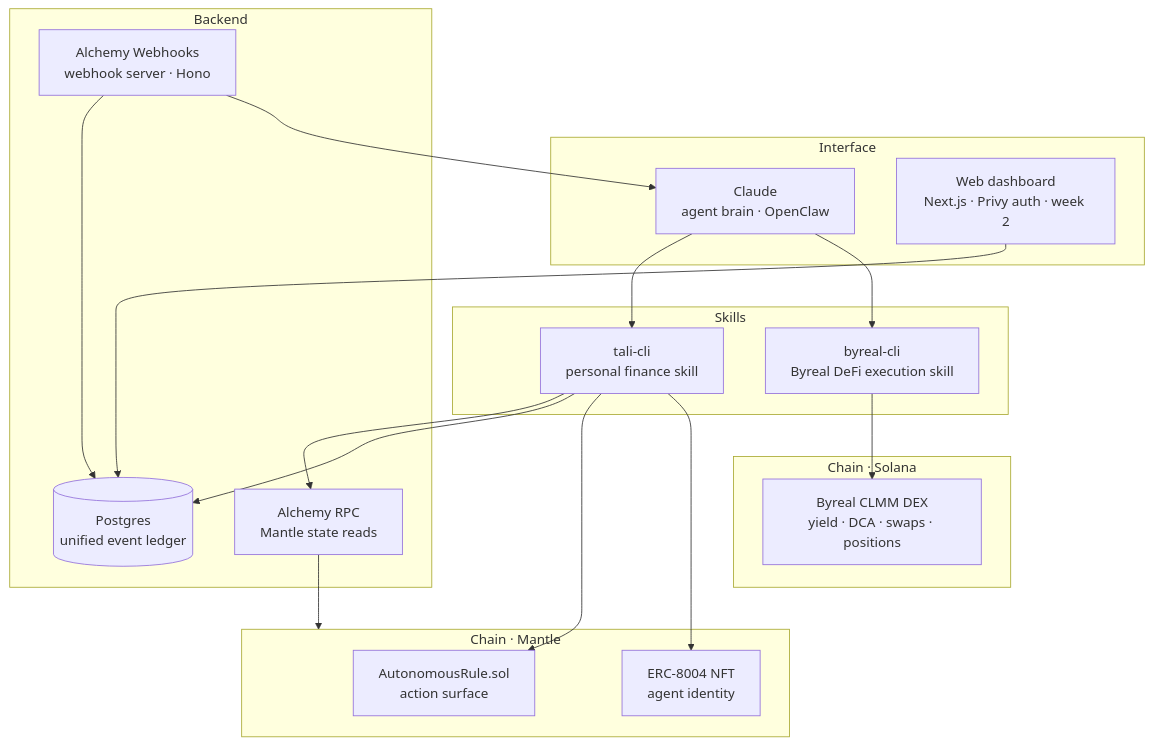
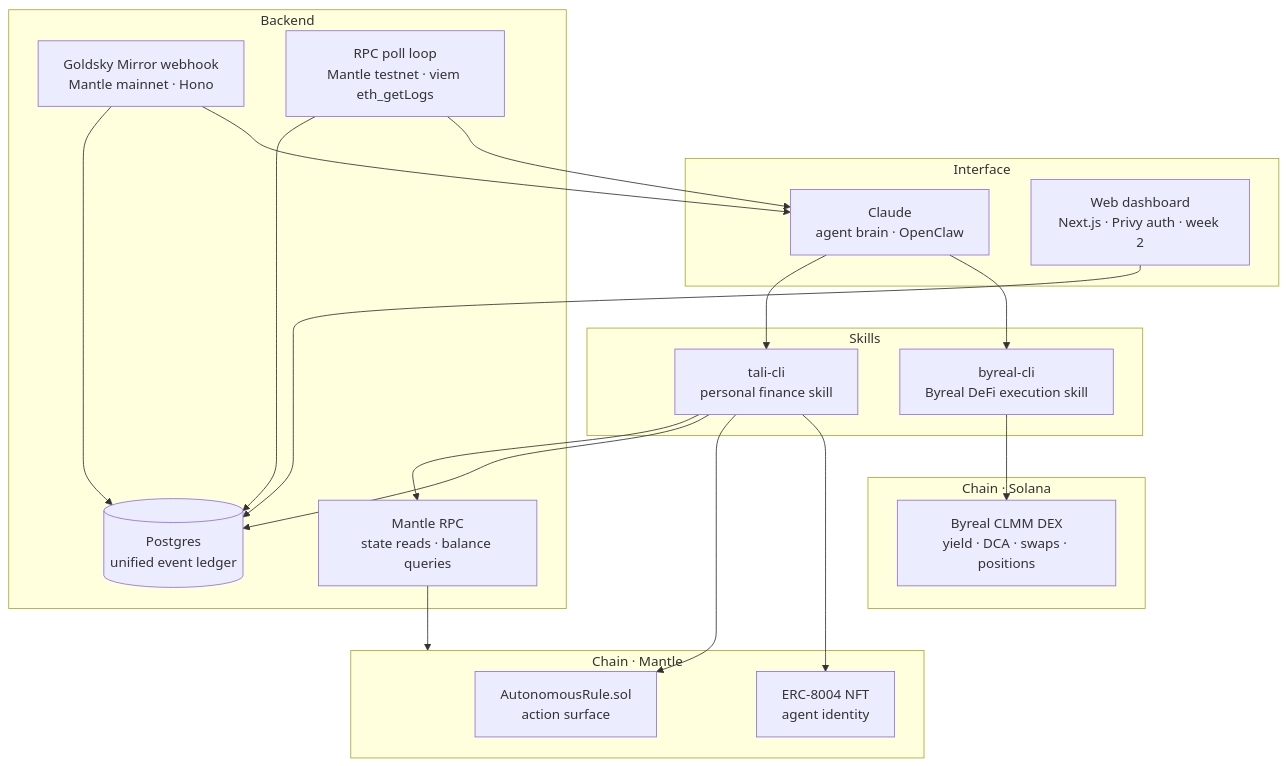
One commit to aliyanamu/tali changed the first of 3 diagrams in docs/architecture.md. Above: the diagram before and after it, drawn with Mermaid. The commit also changed other lines of this file and 10 other files, not shown here.

First line of the commit message:
refactor: extract transferIngestion service + add Mantle testnet RPC poller

````diff
--- a/docs/architecture.md
+++ b/docs/architecture.md
@@ -11,39 +11,42 @@
 ```mermaid
 graph TD
     subgraph Interface
         CL[Claude<br/>agent brain · OpenClaw]
         WEB[Web dashboard<br/>Next.js · Privy auth · week 2]
     end
 
     subgraph Skills
         TALI[tali-cli<br/>personal finance skill]
         BYREAL[byreal-cli<br/>Byreal DeFi execution skill]
     end
 
     subgraph Backend
-        GS[Alchemy Webhooks<br/>webhook server · Hono]
+        GS[Goldsky Mirror webhook<br/>Mantle mainnet · Hono]
+        POLL[RPC poll loop<br/>Mantle testnet · viem eth_getLogs]
         PG[(Postgres<br/>unified event ledger)]
-        ALC[Alchemy RPC<br/>Mantle state reads]
+        ALC[Mantle RPC<br/>state reads · balance queries]
     end
 
     subgraph Mantle[Chain · Mantle]
         AR[AutonomousRule.sol<br/>action surface]
         NFT[ERC-8004 NFT<br/>agent identity]
     end
 
     subgraph Solana[Chain · Solana]
         DEX[Byreal CLMM DEX<br/>yield · DCA · swaps · positions]
     end
 
     CL --> TALI
     CL --> BYREAL
     WEB --> PG
     TALI --> ALC
     TALI --> PG
     TALI --> AR
     TALI --> NFT
     GS --> PG
+    POLL --> PG
     GS --> CL
+    POLL --> CL
     ALC --> Mantle
     BYREAL --> DEX
 ```
````
